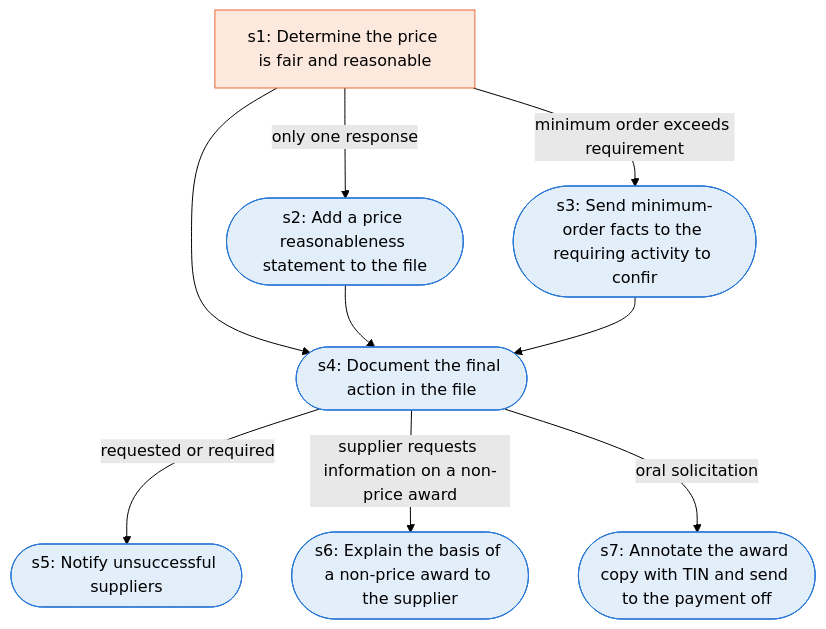
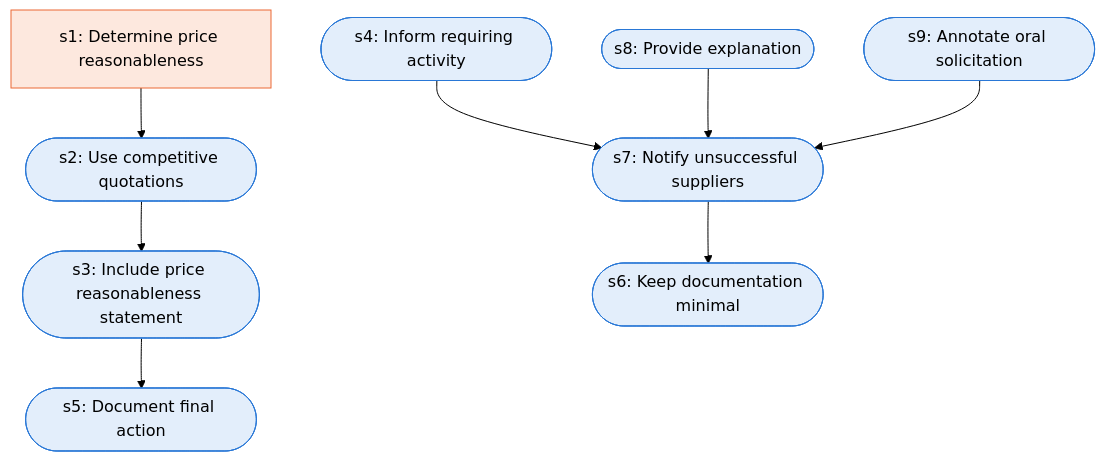
The diagram in docs/runbooks/p2p_simplified_award.md (Jitesh-Mishra/sop-to-agent-workflows), drawn with Mermaid (forest theme) before and after one commit. The commit also changed other lines of this file and 172 other files, not shown here.

````diff
--- a/docs/runbooks/p2p_simplified_award.md
+++ b/docs/runbooks/p2p_simplified_award.md
@@ -7,22 +7,23 @@
 ```mermaid
 flowchart TD
-  s1["s1: Determine the price is fair and reasonable"]
-  s2(["s2: Add a price reasonableness statement to the file"])
-  s3(["s3: Send minimum-order facts to the requiring activity to confir"])
-  s4(["s4: Document the final action in the file"])
-  s5(["s5: Notify unsuccessful suppliers"])
-  s6(["s6: Explain the basis of a non-price award to the supplier"])
-  s7(["s7: Annotate the award copy with TIN and send to the payment off"])
-  s1 -->|only one response| s2
-  s1 -->|minimum order exceeds requirement| s3
-  s1 --> s4
-  s2 --> s4
-  s3 --> s4
-  s4 -->|requested or required| s5
-  s4 -->|supplier requests information on a non-price award| s6
-  s4 -->|oral solicitation| s7
+  s1["s1: Determine price reasonableness"]
+  s2(["s2: Use competitive quotations"])
+  s3(["s3: Include price reasonableness statement"])
+  s4(["s4: Inform requiring activity"])
+  s5(["s5: Document final action"])
+  s6(["s6: Keep documentation minimal"])
+  s7(["s7: Notify unsuccessful suppliers"])
+  s8(["s8: Provide explanation"])
+  s9(["s9: Annotate oral solicitation"])
+  s1 --> s2
+  s2 --> s3
+  s3 --> s5
+  s4 --> s7
+  s7 --> s6
+  s8 --> s7
+  s9 --> s7
   classDef agent fill:#e3eefb,stroke:#2a78d6
   classDef human fill:#fde8de,stroke:#eb6834
-  class s2,s3,s4,s5,s6,s7 agent
+  class s2,s3,s4,s5,s6,s7,s8,s9 agent
   class s1 human
 ```
````
